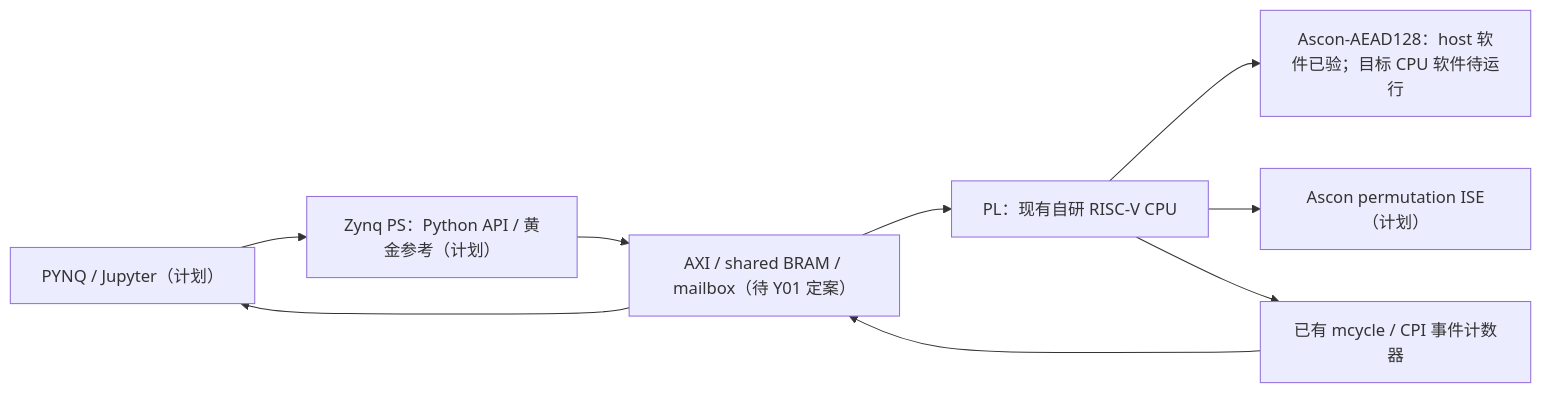
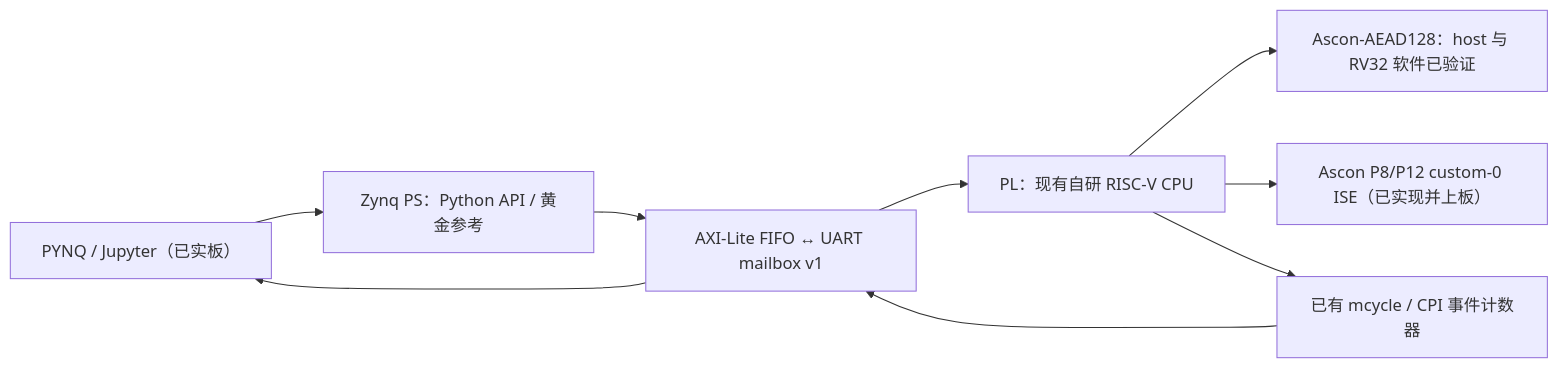
Before and after one commit to HChenZ/amd_fpga_2026: the diagram in README.md, drawn with Mermaid. The commit also changed other lines of this file and 16 other files, not shown here.

````diff
--- a/README.md
+++ b/README.md
@@ -35,11 +35,11 @@
 ```mermaid
 flowchart LR
-    Host["PYNQ / Jupyter（计划）"] --> PS["Zynq PS：Python API / 黄金参考（计划）"]
-    PS --> Link["AXI / shared BRAM / mailbox（待 Y01 定案）"]
+    Host["PYNQ / Jupyter（已实板）"] --> PS["Zynq PS：Python API / 黄金参考"]
+    PS --> Link["AXI-Lite FIFO ↔ UART mailbox v1"]
     Link --> CPU["PL：现有自研 RISC-V CPU"]
-    CPU --> SW["Ascon-AEAD128：host 软件已验；目标 CPU 软件待运行"]
-    CPU --> ISE["Ascon permutation ISE（计划）"]
+    CPU --> SW["Ascon-AEAD128：host 与 RV32 软件已验证"]
+    CPU --> ISE["Ascon P8/P12 custom-0 ISE（已实现并上板）"]
     CPU --> Counter["已有 mcycle / CPI 事件计数器"]
     Counter --> Link
     Link --> Host
 ```
````
